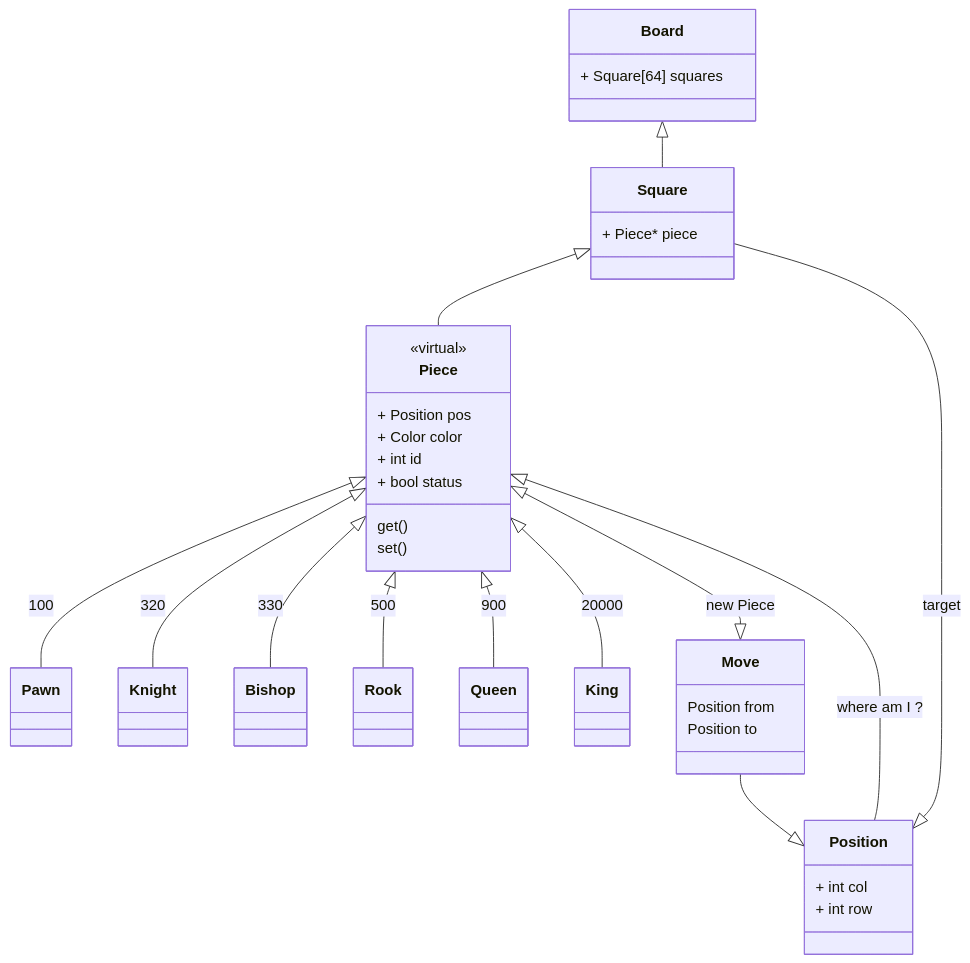
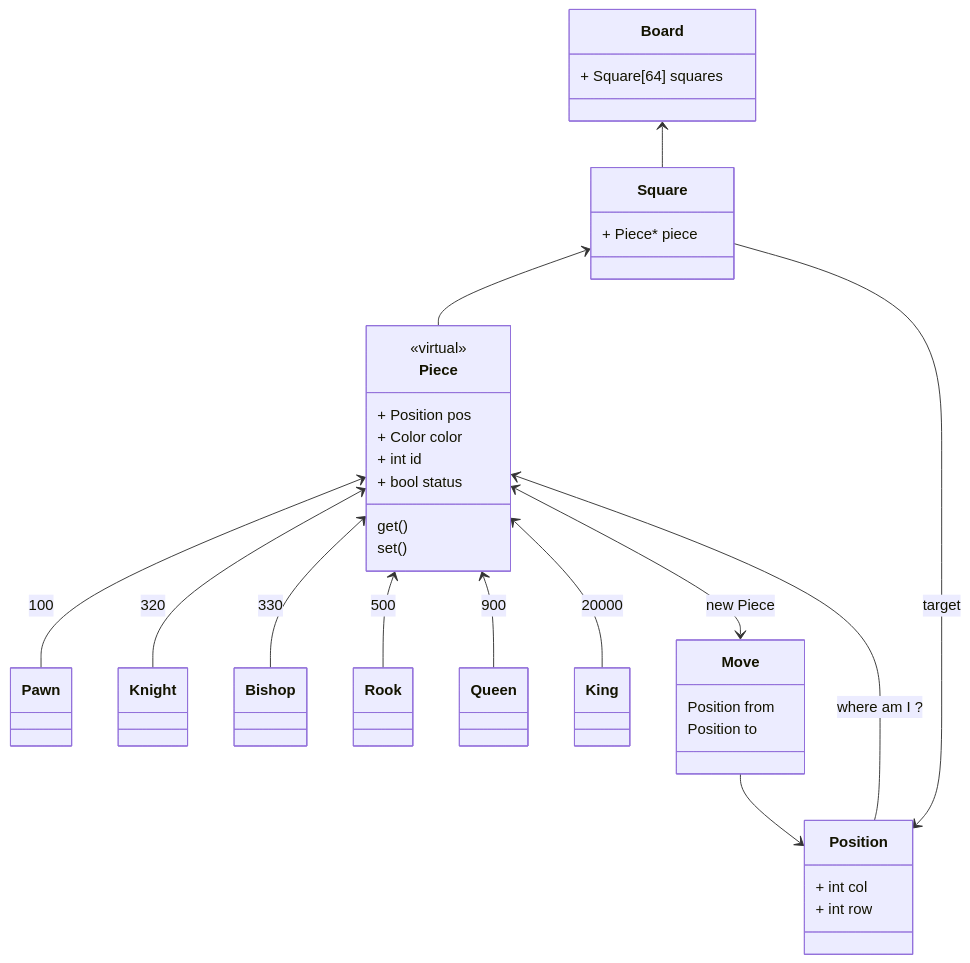
Before and after one commit to ThomasByr/chess: the first of 2 diagrams in README.md, drawn with Mermaid.

Commit message:
latest version of README file

````diff
--- a/README.md
+++ b/README.md
@@ -80,38 +80,38 @@
 ```mermaid
 classDiagram
-    Board <|-- Square
-    Square <|-- Piece
-    Piece <|-- Pawn : 100
-    Piece <|-- Knight : 320
-    Piece <|-- Bishop : 330
-    Piece <|-- Rook : 500
-    Piece <|-- Queen : 900
-    Piece <|-- King : 20000
-    Position --|> Piece : where am I ?
-    Position <|-- Square : target
-    Piece <|--|> Move : new Piece
-    Move --|> Position
+    Board <-- Square
+    Square <-- Piece
+    Piece <-- Pawn : 100
+    Piece <-- Knight : 320
+    Piece <-- Bishop : 330
+    Piece <-- Rook : 500
+    Piece <-- Queen : 900
+    Piece <-- King : 20000
+    Position --> Piece : where am I ?
+    Position <-- Square : target
+    Piece <--> Move : new Piece
+    Move --> Position
     class Piece {
         <<virtual>>
         + Position pos
         + Color color
         + int id
         + bool status
         get()
         set()
     }
     class Square {
         + Piece* piece
     }
     class Board {
         + Square[64] squares
     }
     class Position {
         + int col
         + int row
     }
     class Move {
         Position from
         Position to
     }
 ```
````
